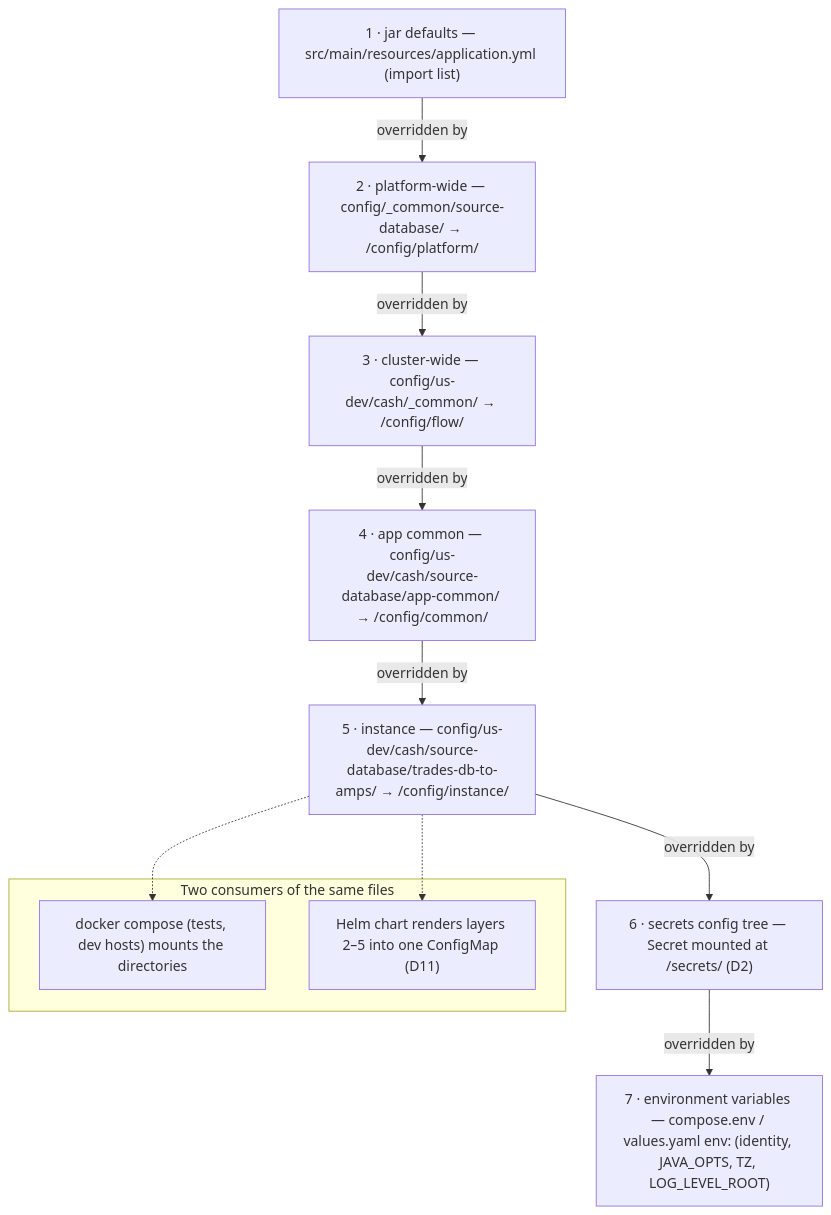
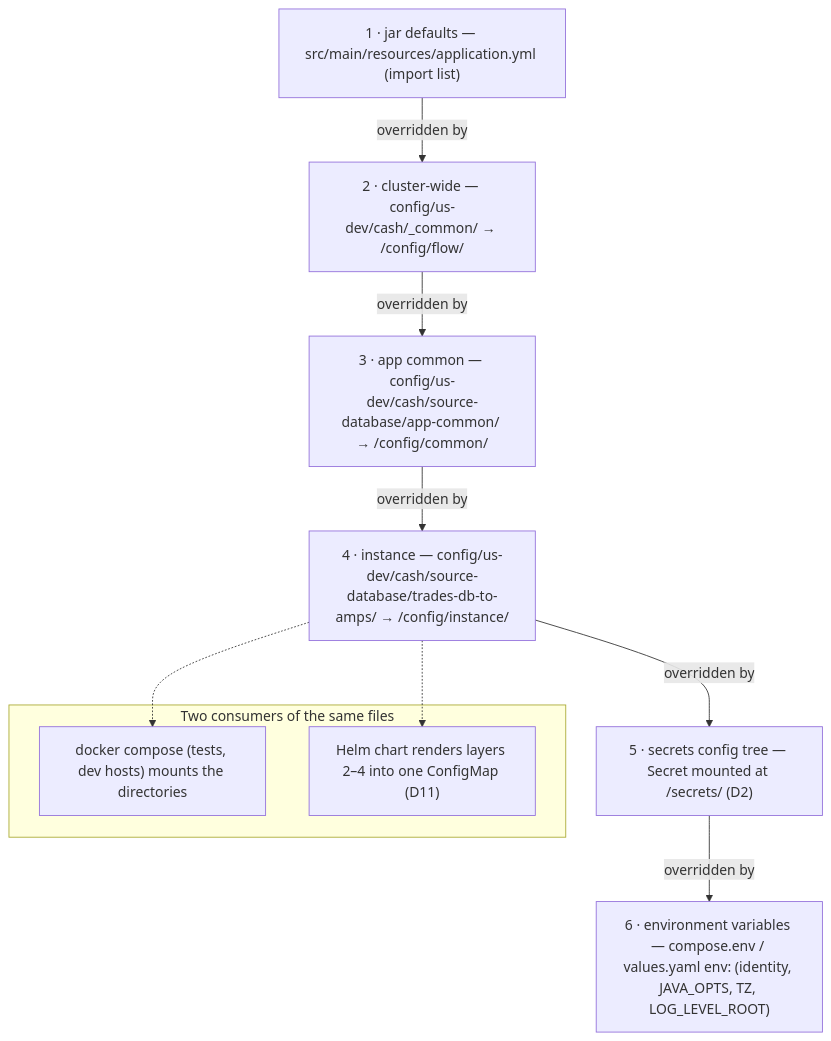
One commit to crazymatthsu/github-demo changed the first of 4 diagrams in docs/05-configuration-management.md. Above: the diagram before and after it, drawn with Mermaid. The commit also changed other lines of this file and 13 other files, not shown here.

First line of the commit message:
docs(adr): DL-45 — the platform layer config/_common/<AppName>/ is removed (v1.9)

````diff
--- a/docs/05-configuration-management.md
+++ b/docs/05-configuration-management.md
@@ -377,17 +375,16 @@
 ```mermaid
 flowchart TB
   l1["1 · jar defaults — src/main/resources/application.yml (import list)"]
-  l2["2 · platform-wide — config/_common/source-database/ → /config/platform/"]
-  l3["3 · cluster-wide — config/us-dev/cash/_common/ → /config/flow/"]
-  l4["4 · app common — config/us-dev/cash/source-database/app-common/ → /config/common/"]
-  l5["5 · instance — config/us-dev/cash/source-database/trades-db-to-amps/ → /config/instance/"]
-  l6["6 · secrets config tree — Secret mounted at /secrets/ (D2)"]
-  l7["7 · environment variables — compose.env / values.yaml env: (identity, JAVA_OPTS, TZ, LOG_LEVEL_ROOT)"]
-  l1 -->|"overridden by"| l2 -->|"overridden by"| l3 -->|"overridden by"| l4 -->|"overridden by"| l5 -->|"overridden by"| l6 -->|"overridden by"| l7
+  l2["2 · cluster-wide — config/us-dev/cash/_common/ → /config/flow/"]
+  l3["3 · app common — config/us-dev/cash/source-database/app-common/ → /config/common/"]
+  l4["4 · instance — config/us-dev/cash/source-database/trades-db-to-amps/ → /config/instance/"]
+  l5["5 · secrets config tree — Secret mounted at /secrets/ (D2)"]
+  l6["6 · environment variables — compose.env / values.yaml env: (identity, JAVA_OPTS, TZ, LOG_LEVEL_ROOT)"]
+  l1 -->|"overridden by"| l2 -->|"overridden by"| l3 -->|"overridden by"| l4 -->|"overridden by"| l5 -->|"overridden by"| l6
   subgraph consumers["Two consumers of the same files"]
     cmp["docker compose (tests, dev hosts) mounts the directories"]
-    k8s["Helm chart renders layers 2–5 into one ConfigMap (D11)"]
+    k8s["Helm chart renders layers 2–4 into one ConfigMap (D11)"]
   end
-  l5 -.-> cmp
-  l5 -.-> k8s
+  l4 -.-> cmp
+  l4 -.-> k8s
 ```
````
